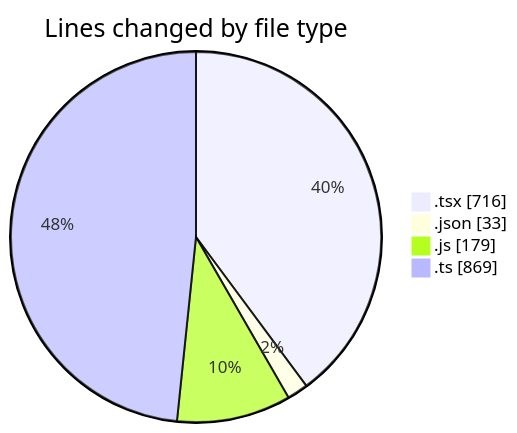
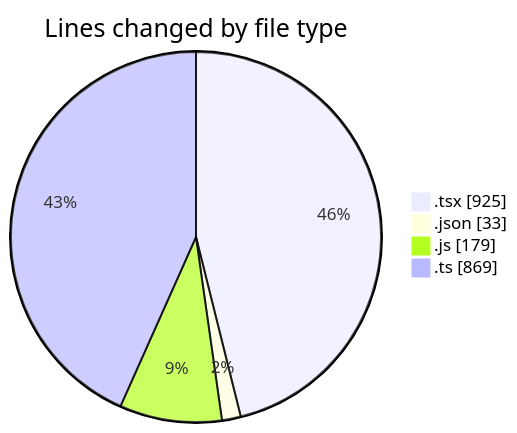
The first of 2 diagrams in 2025-01-28/mbc-web/README.md (robertbonfada/code-tracking), drawn with Mermaid before and after one commit. The commit also changed other lines of this file and 1 other file, not shown here.

````diff
--- a/2025-01-28/mbc-web/README.md
+++ b/2025-01-28/mbc-web/README.md
@@ -25,8 +27,8 @@
 ```mermaid
 pie showData
 title Lines changed by file type
-".tsx" : 716
+".tsx" : 925
 ".json" : 33
 ".js" : 179
 ".ts" : 869
 ```
````
